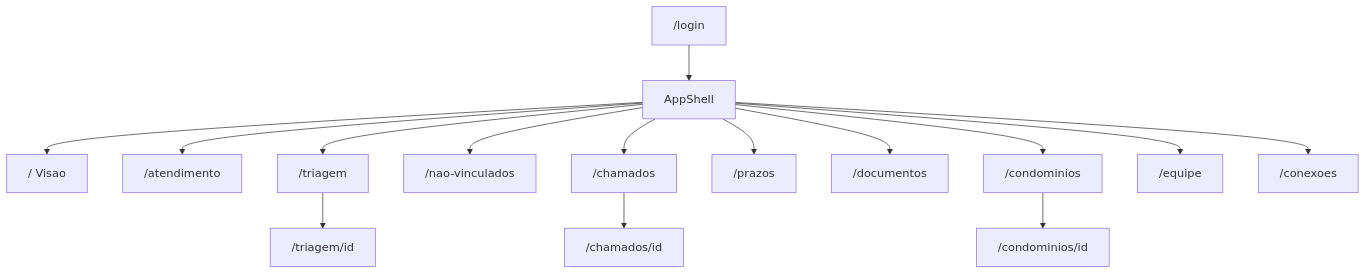
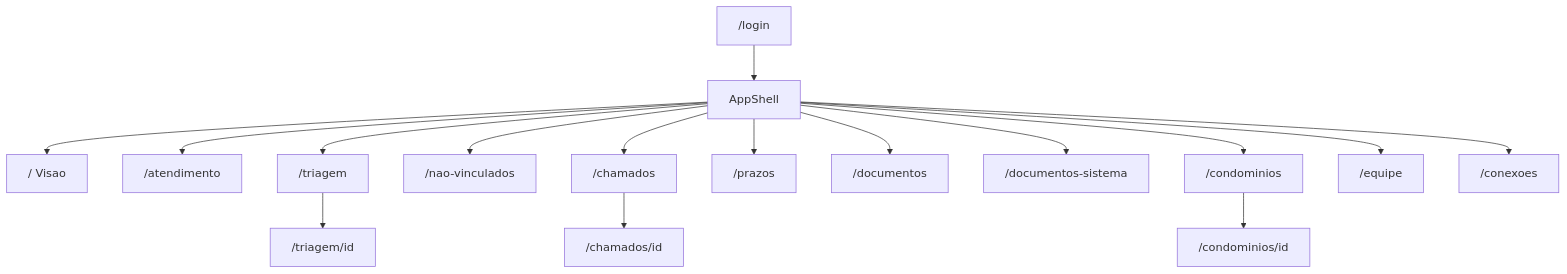
One commit to Trindadelucas0/PORTAL-JURIDICO-CONDOMINIAL changed the diagram in docs/WIREFRAME-TELAS.md. Above: the diagram before and after it, drawn with Mermaid. The commit also changed other lines of this file and 9 other files, not shown here.

````diff
--- a/docs/WIREFRAME-TELAS.md
+++ b/docs/WIREFRAME-TELAS.md
@@ -43,17 +44,18 @@
 ```mermaid
 flowchart TD
   login["/login"] --> shell["AppShell"]
   shell --> visao["/ Visao"]
   shell --> inbox["/atendimento"]
   shell --> triagem["/triagem"]
   triagem --> triagemId["/triagem/id"]
   shell --> naoVinc["/nao-vinculados"]
   shell --> chamados["/chamados"]
   chamados --> chamadoId["/chamados/id"]
   shell --> prazos["/prazos"]
   shell --> docs["/documentos"]
+  shell --> sysdocs["/documentos-sistema"]
   shell --> condos["/condominios"]
   condos --> condoId["/condominios/id"]
   shell --> equipe["/equipe"]
   shell --> conexoes["/conexoes"]
 ```
````
